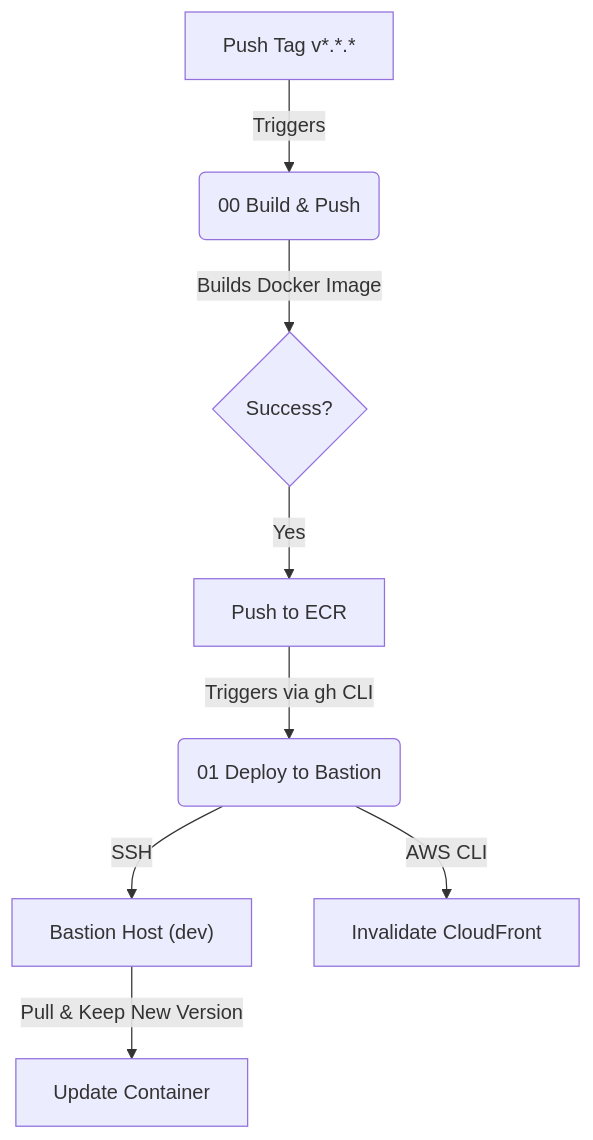
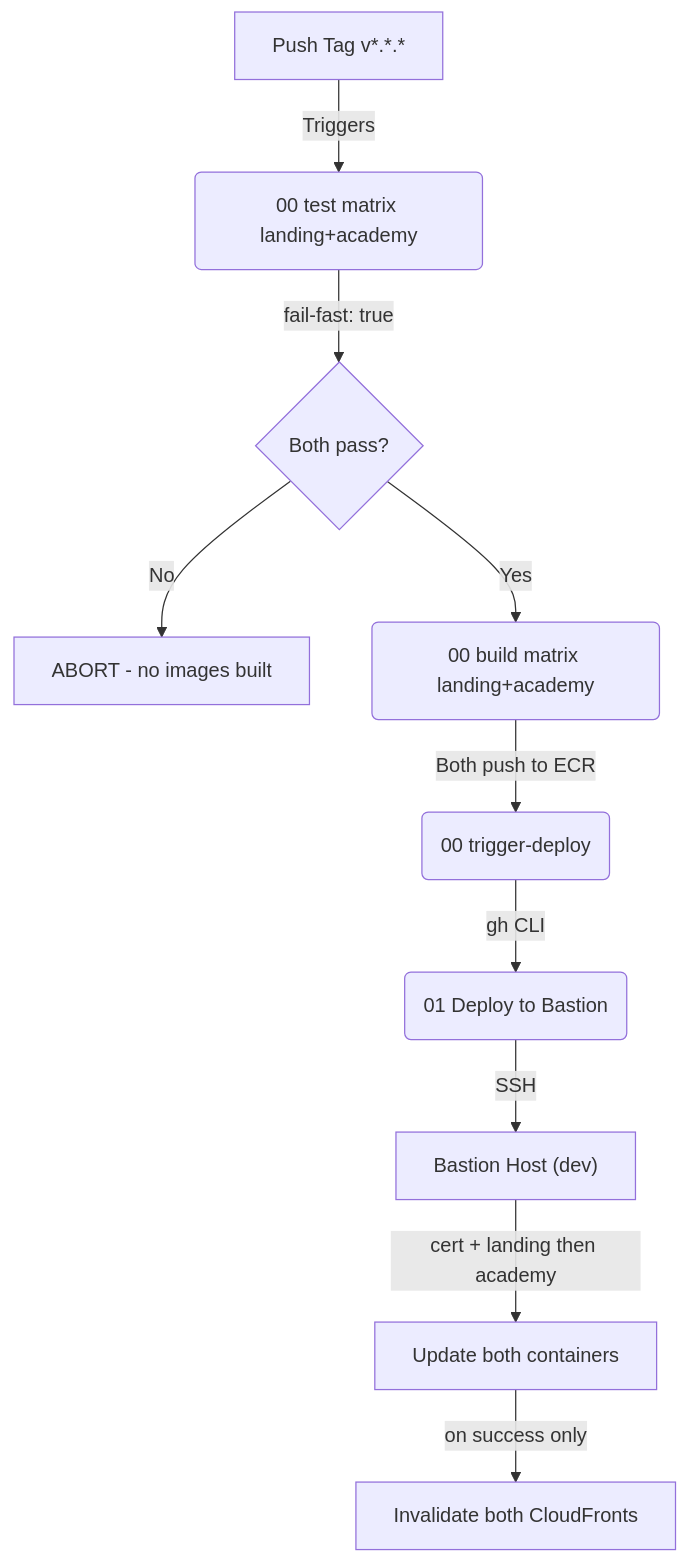
The diagram in .github/workflows/README.md (agevega/agevega.com), drawn with Mermaid before and after one commit. The commit also changed other lines of this file and 16 other files, not shown here.

````diff
--- a/.github/workflows/README.md
+++ b/.github/workflows/README.md
@@ -9,10 +9,12 @@
 ```mermaid
 graph TD;
-    A[Push Tag v*.*.*] -->|Triggers| B(00 Build & Push);
-    B -->|Builds Docker Image| C{Success?};
-    C -->|Yes| D[Push to ECR];
-    D -->|Triggers via gh CLI| E(01 Deploy to Bastion);
-    E -->|SSH| F["Bastion Host (dev)"];
-    F -->|Pull & Keep New Version| G[Update Container];
-    E -->|AWS CLI| H[Invalidate CloudFront];
+    A[Push Tag v*.*.*] -->|Triggers| B(00 test matrix landing+academy);
+    B -->|fail-fast: true| C{Both pass?};
+    C -->|No| X[ABORT - no images built];
+    C -->|Yes| D(00 build matrix landing+academy);
+    D -->|Both push to ECR| E(00 trigger-deploy);
+    E -->|gh CLI| F(01 Deploy to Bastion);
+    F -->|SSH| G["Bastion Host (dev)"];
+    G -->|cert + landing then academy| H[Update both containers];
+    H -->|on success only| I[Invalidate both CloudFronts];
 ```
````
